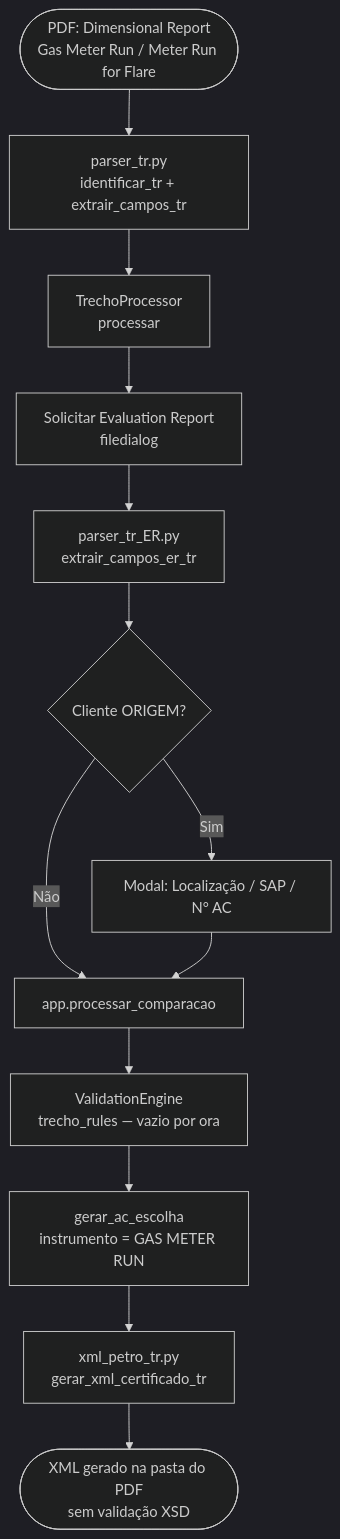
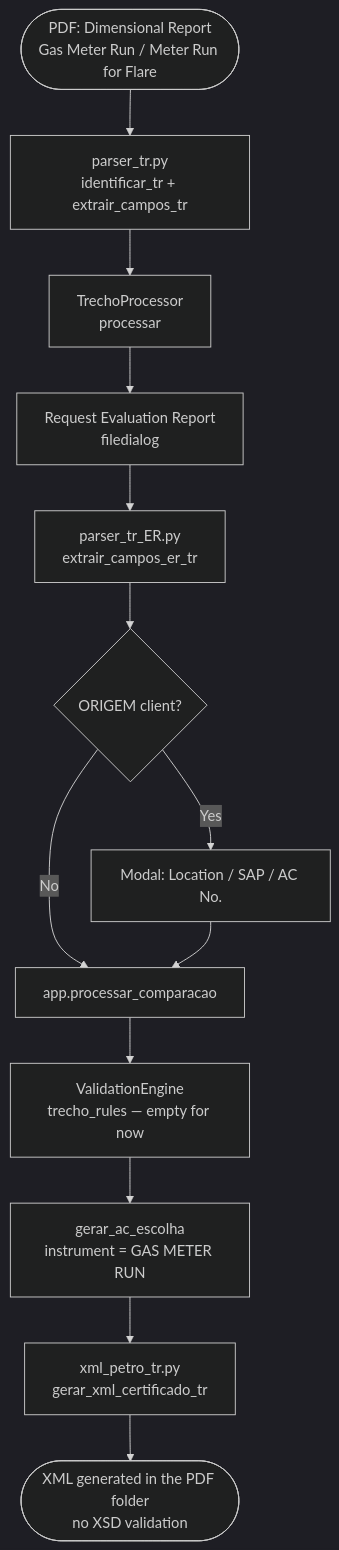
The third of 5 diagrams in docs/DOCUMENTACAO.md (1998-sys/AC-s_app), drawn with Mermaid (dark theme) before and after one commit. The commit also changed other lines of this file and 68 other files, not shown here.

````diff
--- a/docs/DOCUMENTACAO.md
+++ b/docs/DOCUMENTACAO.md
@@ -237,15 +237,15 @@
 ```mermaid
 flowchart TD
     A([PDF: Dimensional Report\nGas Meter Run / Meter Run for Flare]) --> B[parser_tr.py\nidentificar_tr + extrair_campos_tr]
     B --> C[TrechoProcessor\nprocessar]
-    C --> D[Solicitar Evaluation Report\nfiledialog]
+    C --> D[Request Evaluation Report\nfiledialog]
     D --> E[parser_tr_ER.py\nextrair_campos_er_tr]
-    E --> F{Cliente ORIGEM?}
-    F -->|Sim| G[Modal: Localização / SAP / N° AC]
-    F -->|Não| H[app.processar_comparacao]
+    E --> F{ORIGEM client?}
+    F -->|Yes| G[Modal: Location / SAP / AC No.]
+    F -->|No| H[app.processar_comparacao]
     G --> H
-    H --> I[ValidationEngine\ntrecho_rules — vazio por ora]
-    I --> J[gerar_ac_escolha\ninstrumento = GAS METER RUN]
+    H --> I[ValidationEngine\ntrecho_rules — empty for now]
+    I --> J[gerar_ac_escolha\ninstrument = GAS METER RUN]
     J --> K[xml_petro_tr.py\ngerar_xml_certificado_tr]
-    K --> L([XML gerado na pasta do PDF\nsem validação XSD])
+    K --> L([XML generated in the PDF folder\nno XSD validation])
 ```
````
